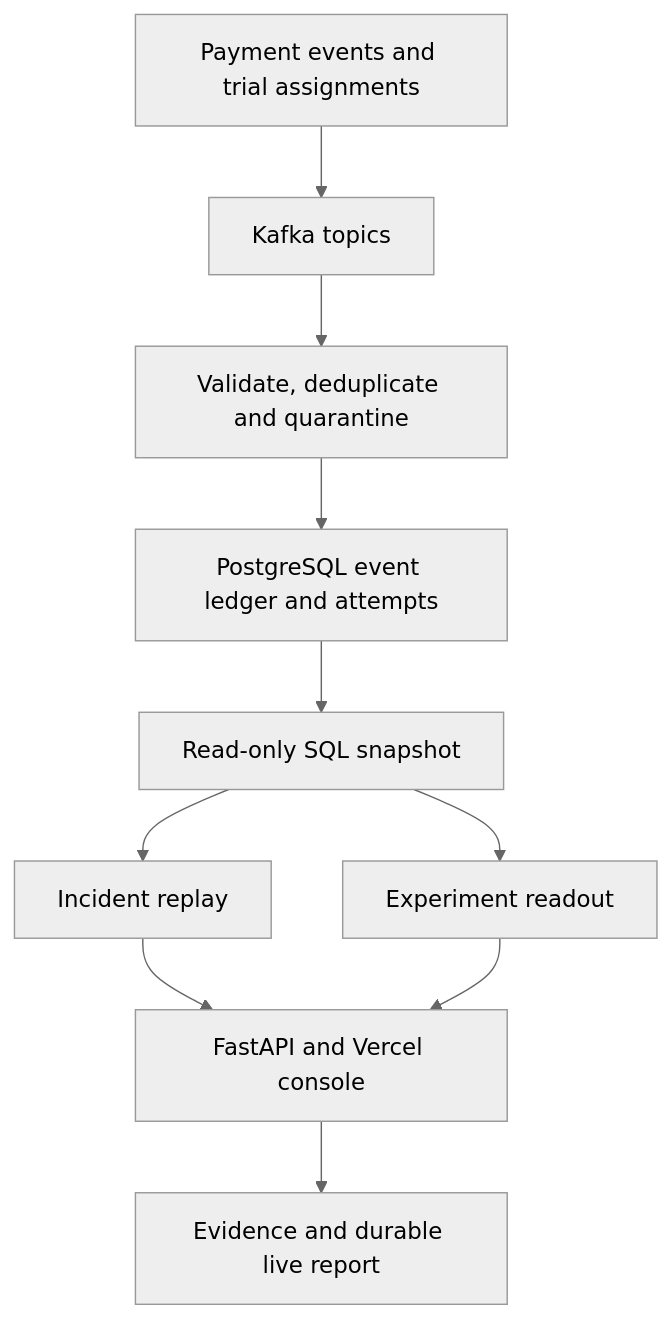
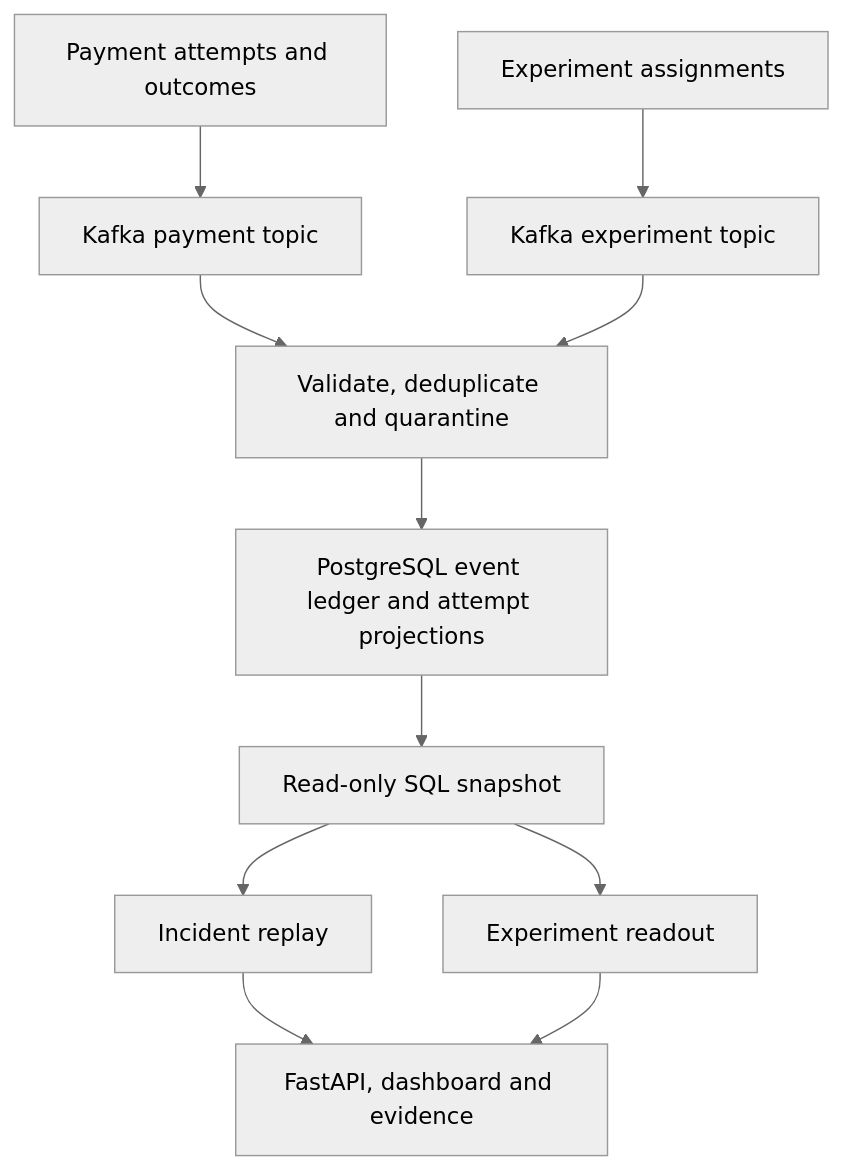
One commit to deepak2233/PayLens changed the diagram in README.md. Above: the diagram before and after it, drawn with Mermaid (neutral theme). The commit also changed other lines of this file and 1 other file, not shown here.

Commit message:
Document PayLens demo, data sources, and payment pipeline

````diff
--- a/README.md
+++ b/README.md
@@ -23,12 +22,13 @@
 ```mermaid
 flowchart TD
-    A["Payment events and trial assignments"] --> B["Kafka topics"]
-    B --> C["Validate, deduplicate and quarantine"]
-    C --> D["PostgreSQL event ledger and attempts"]
-    D --> E["Read-only SQL snapshot"]
-    E --> F["Incident replay"]
-    E --> G["Experiment readout"]
-    F --> H["FastAPI and Vercel console"]
-    G --> H
-    H --> I["Evidence and durable live report"]
+    Payments["Payment attempts and outcomes"] --> PaymentTopic["Kafka payment topic"]
+    Assignments["Experiment assignments"] --> ExperimentTopic["Kafka experiment topic"]
+    PaymentTopic --> Ingest["Validate, deduplicate and quarantine"]
+    ExperimentTopic --> Ingest
+    Ingest --> Store["PostgreSQL event ledger and attempt projections"]
+    Store --> SQL["Read-only SQL snapshot"]
+    SQL --> Incident["Incident replay"]
+    SQL --> Trial["Experiment readout"]
+    Incident --> Console["FastAPI, dashboard and evidence"]
+    Trial --> Console
 ```
````
